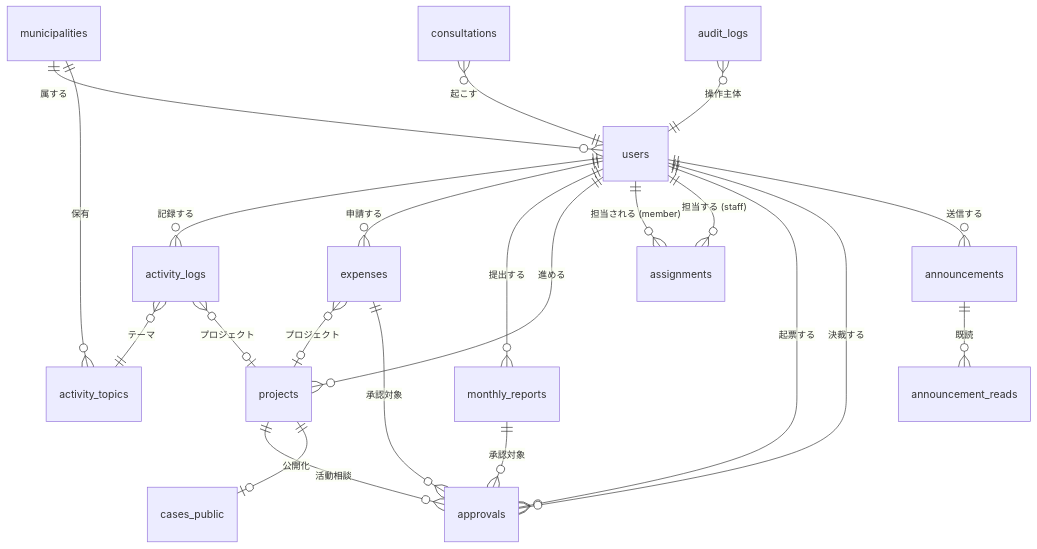
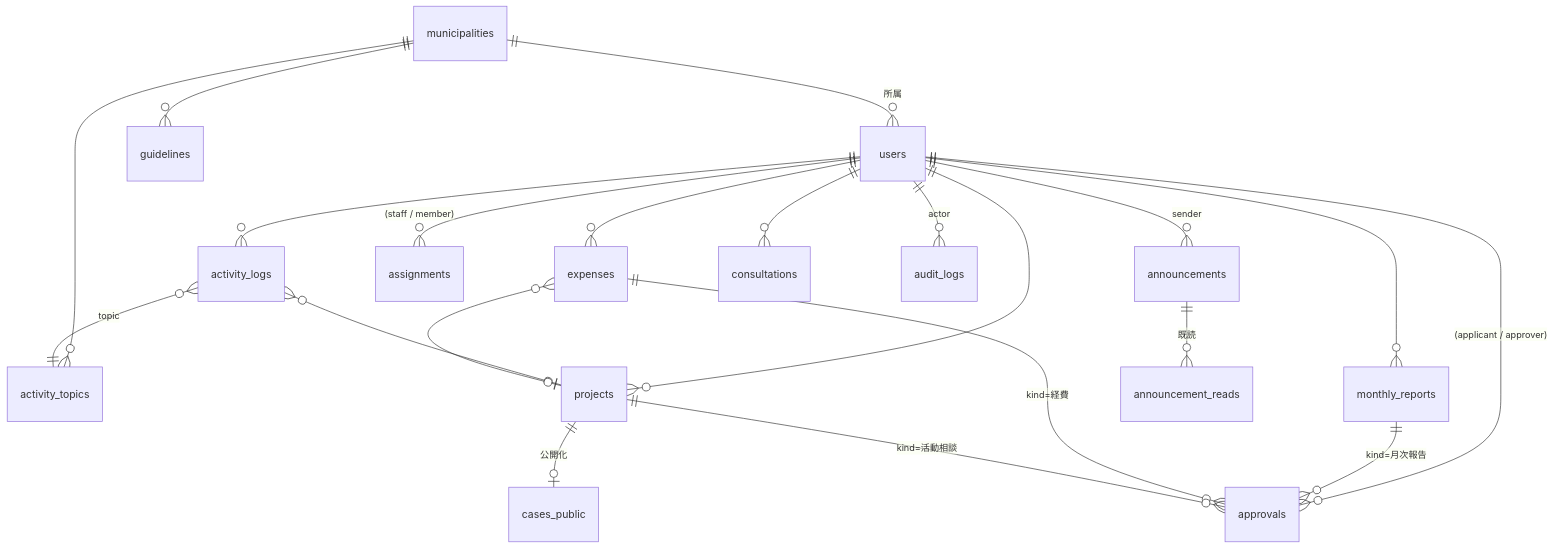
Before and after one commit to masa-dev-2000/kyoryokutai_support: diagram 11 of 11 in docs/22_v5_data_model.md, drawn with Mermaid. The commit also changed other lines of this file, not shown here.

````diff
--- a/docs/22_v5_data_model.md
+++ b/docs/22_v5_data_model.md
@@ -8,24 +217,23 @@
 ```mermaid
 erDiagram
-    municipalities ||--o{ users : "属する"
-    municipalities ||--o{ activity_topics : "保有"
-    users ||--o{ activity_logs : "記録する"
-    users ||--o{ expenses : "申請する"
-    users ||--o{ monthly_reports : "提出する"
-    users ||--o{ projects : "進める"
-    users ||--o{ assignments : "担当される (member)"
-    users ||--o{ assignments : "担当する (staff)"
-    users ||--o{ approvals : "起票する"
-    users ||--o{ approvals : "決裁する"
-    users ||--o{ announcements : "送信する"
-    activity_logs }o--|| activity_topics : "テーマ"
-    activity_logs }o--o| projects : "プロジェクト"
-    expenses }o--o| projects : "プロジェクト"
-    monthly_reports ||--o{ approvals : "承認対象"
-    expenses ||--o{ approvals : "承認対象"
-    projects ||--o{ approvals : "活動相談"
-    projects ||--o| cases_public : "公開化"
-    announcements ||--o{ announcement_reads : "既読"
-    consultations }o--|| users : "起こす"
-    audit_logs }o--|| users : "操作主体"
+  municipalities ||--o{ users : "所属"
+  municipalities ||--o{ activity_topics : ""
+  municipalities ||--o{ guidelines : ""
+  users ||--o{ activity_logs : ""
+  users ||--o{ expenses : ""
+  users ||--o{ monthly_reports : ""
+  users ||--o{ projects : ""
+  users ||--o{ assignments : "(staff / member)"
+  users ||--o{ approvals : "(applicant / approver)"
+  users ||--o{ announcements : "sender"
+  users ||--o{ consultations : ""
+  users ||--o{ audit_logs : "actor"
+  activity_logs }o--|| activity_topics : "topic"
+  activity_logs }o--o| projects : ""
+  expenses }o--o| projects : ""
+  monthly_reports ||--o{ approvals : "kind=月次報告"
+  expenses ||--o{ approvals : "kind=経費"
+  projects ||--o{ approvals : "kind=活動相談"
+  projects ||--o| cases_public : "公開化"
+  announcements ||--o{ announcement_reads : "既読"
 ```
````
